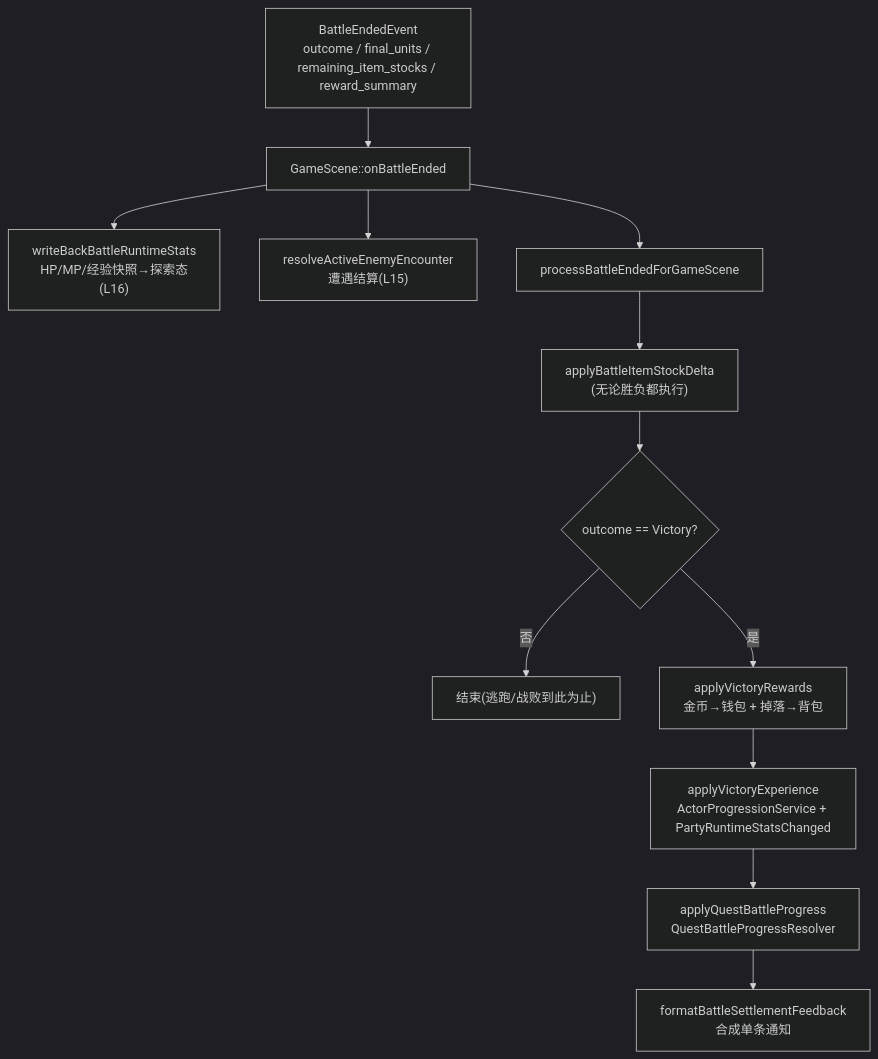
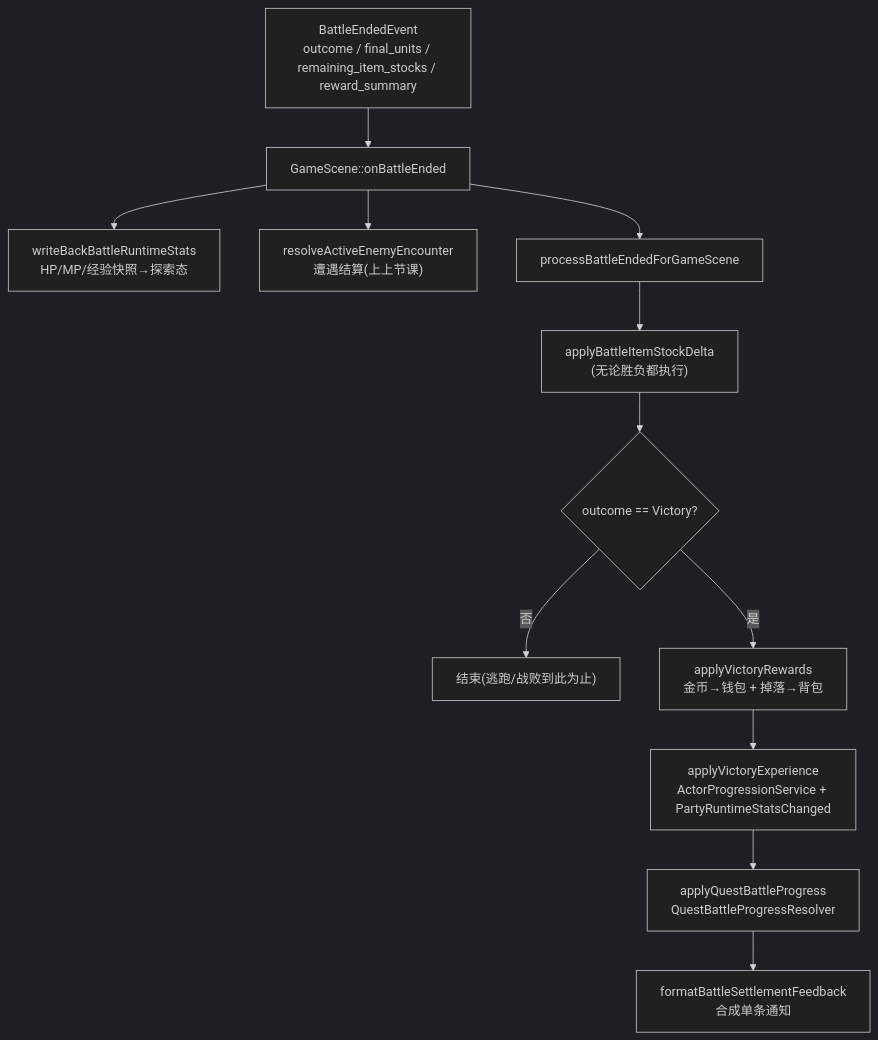
The diagram in lecture_plans/lectures/20-战斗结算与探索态写回.md (WispSnow/TinyFarmRPG), drawn with Mermaid (dark theme) before and after one commit. The commit also changed other lines of this file and 14 other files, not shown here.

````diff
--- a/lecture_plans/lectures/20-战斗结算与探索态写回.md
+++ b/lecture_plans/lectures/20-战斗结算与探索态写回.md
@@ -55,16 +53,16 @@
 ```mermaid
 flowchart TD
     EVT["BattleEndedEvent<br/>outcome / final_units / remaining_item_stocks / reward_summary"]
     EVT --> ON["GameScene::onBattleEnded"]
-    ON --> WB["writeBackBattleRuntimeStats<br/>HP/MP/经验快照→探索态(L16)"]
-    ON --> ENC["resolveActiveEnemyEncounter<br/>遭遇结算(L15)"]
+    ON --> WB["writeBackBattleRuntimeStats<br/>HP/MP/经验快照→探索态"]
+    ON --> ENC["resolveActiveEnemyEncounter<br/>遭遇结算(上上节课)"]
     ON --> PROC["processBattleEndedForGameScene"]
 
     PROC --> STEP1["applyBattleItemStockDelta<br/>(无论胜负都执行)"]
     STEP1 --> GATE{"outcome == Victory?"}
     GATE -->|否| END["结束(逃跑/战败到此为止)"]
     GATE -->|是| STEP2["applyVictoryRewards<br/>金币→钱包 + 掉落→背包"]
     STEP2 --> STEP3["applyVictoryExperience<br/>ActorProgressionService + PartyRuntimeStatsChanged"]
     STEP3 --> STEP4["applyQuestBattleProgress<br/>QuestBattleProgressResolver"]
     STEP4 --> FB["formatBattleSettlementFeedback<br/>合成单条通知"]
 ```
````
